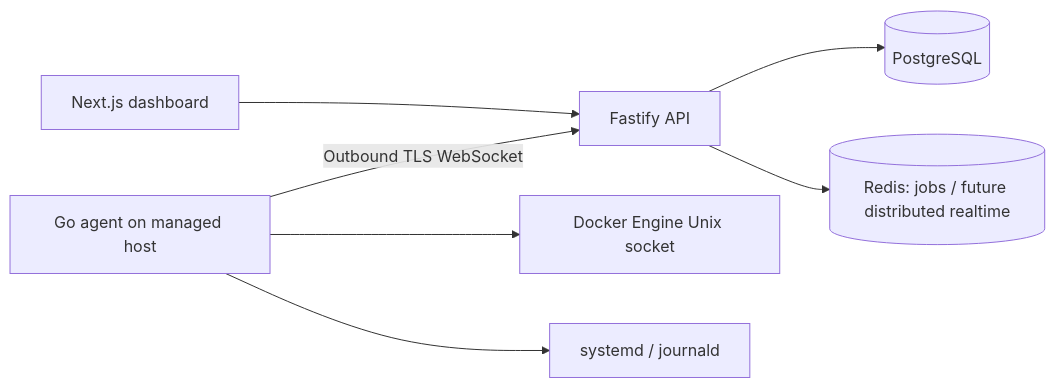
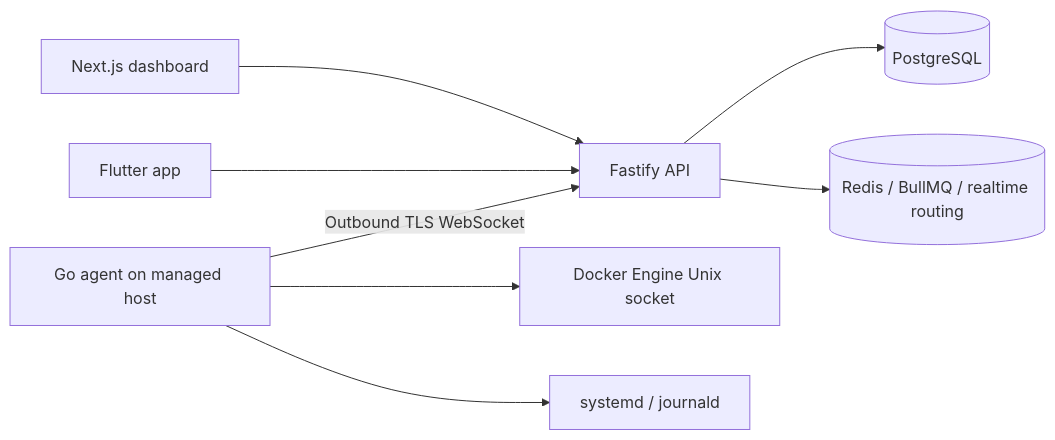
Before and after one commit to The-Null-Catchers/CloudDeck: the diagram in README.md, drawn with Mermaid. The commit also changed other lines of this file and 1 other file, not shown here.

````diff
--- a/README.md
+++ b/README.md
@@ -25,9 +51,10 @@
 ```mermaid
 flowchart LR
   Web[Next.js dashboard] --> API[Fastify API]
+  Mobile[Flutter app] --> API
   API --> PG[(PostgreSQL)]
-  API --> Redis[(Redis: jobs / future distributed realtime)]
+  API --> Redis[(Redis / BullMQ / realtime routing)]
   Agent[Go agent on managed host] -->|Outbound TLS WebSocket| API
   Agent --> Docker[Docker Engine Unix socket]
   Agent --> Systemd[systemd / journald]
 ```
````
